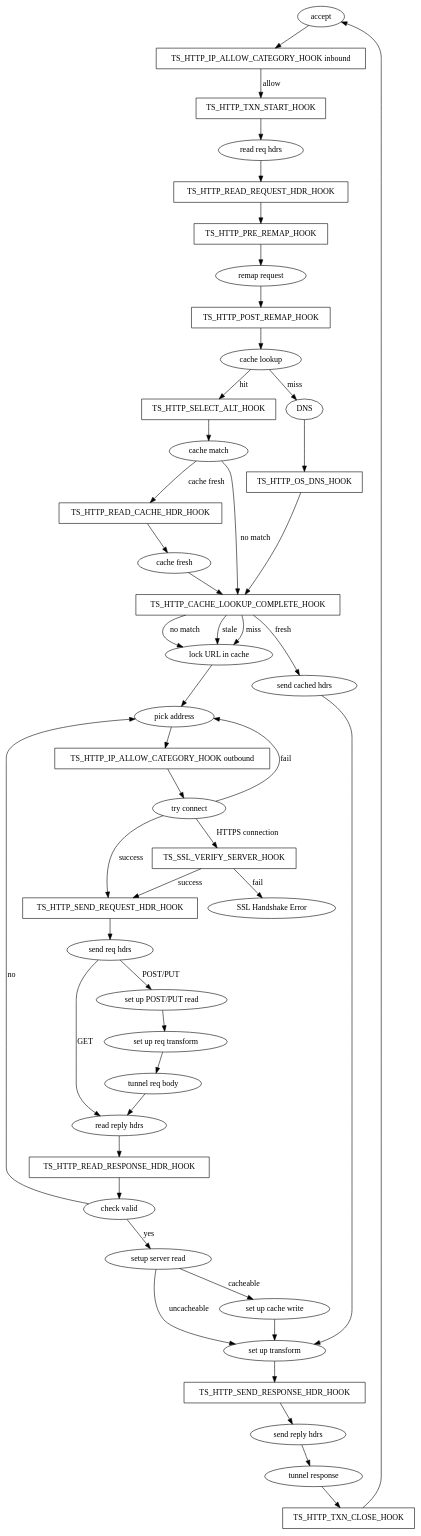
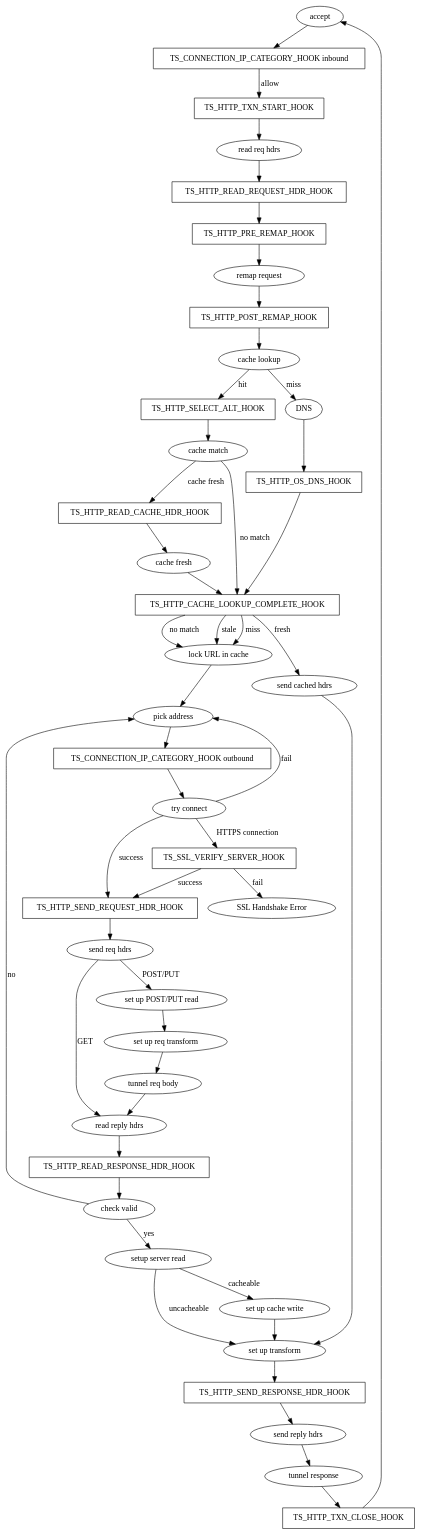
The diagram in doc/developer-guide/plugins/hooks-and-transactions/index.en.rst (bneradt/trafficserver), drawn with Graphviz before and after one commit. The commit also changed 35 other files, not shown here.

```diff
--- a/doc/developer-guide/plugins/hooks-and-transactions/index.en.rst
+++ b/doc/developer-guide/plugins/hooks-and-transactions/index.en.rst
@@ -96,72 +96,72 @@
 .. graphviz::
    :alt: HTTP Transaction State Diagram
 
    digraph http_txn_state_diagram{
-     accept -> "TS_HTTP_IP_ALLOW_CATEGORY_HOOK inbound";
-     "TS_HTTP_IP_ALLOW_CATEGORY_HOOK inbound" -> TS_HTTP_TXN_START_HOOK [label = "allow"];
+     accept -> "TS_CONNECTION_IP_CATEGORY_HOOK inbound";
+     "TS_CONNECTION_IP_CATEGORY_HOOK inbound" -> TS_HTTP_TXN_START_HOOK [label = "allow"];
      TS_HTTP_TXN_START_HOOK -> "read req hdrs";
      "read req hdrs" -> TS_HTTP_READ_REQUEST_HDR_HOOK;
      TS_HTTP_READ_REQUEST_HDR_HOOK -> TS_HTTP_PRE_REMAP_HOOK;
      TS_HTTP_PRE_REMAP_HOOK -> "remap request";
      "remap request" -> TS_HTTP_POST_REMAP_HOOK;
      TS_HTTP_POST_REMAP_HOOK -> "cache lookup";
      "cache lookup" -> DNS [label = "miss"];
      DNS -> TS_HTTP_OS_DNS_HOOK;
      TS_HTTP_OS_DNS_HOOK -> TS_HTTP_CACHE_LOOKUP_COMPLETE_HOOK;
      "cache lookup" -> TS_HTTP_SELECT_ALT_HOOK [label = "hit"];
      TS_HTTP_SELECT_ALT_HOOK -> "cache match";
      "cache match" -> TS_HTTP_CACHE_LOOKUP_COMPLETE_HOOK [label="no match"];
      "cache match" -> TS_HTTP_READ_CACHE_HDR_HOOK [label = "cache fresh"];
      TS_HTTP_READ_CACHE_HDR_HOOK -> "cache fresh";
      "cache fresh" -> TS_HTTP_CACHE_LOOKUP_COMPLETE_HOOK;
      TS_HTTP_CACHE_LOOKUP_COMPLETE_HOOK -> "lock URL in cache" [label = "miss"];
      TS_HTTP_CACHE_LOOKUP_COMPLETE_HOOK -> "lock URL in cache" [label = "no match  "];
      TS_HTTP_CACHE_LOOKUP_COMPLETE_HOOK -> "lock URL in cache" [label = "stale"];
      TS_HTTP_CACHE_LOOKUP_COMPLETE_HOOK -> "send cached hdrs" [label = "fresh"];
      "send cached hdrs" -> "set up transform";
      "lock URL in cache" -> "pick address";
-     "pick address" -> "TS_HTTP_IP_ALLOW_CATEGORY_HOOK outbound";
-     "TS_HTTP_IP_ALLOW_CATEGORY_HOOK outbound" -> "try connect" [label = "       "];
+     "pick address" -> "TS_CONNECTION_IP_CATEGORY_HOOK outbound";
+     "TS_CONNECTION_IP_CATEGORY_HOOK outbound" -> "try connect" [label = "       "];
      "try connect" -> "pick address" [label = "fail"];
      "try connect" -> TS_SSL_VERIFY_SERVER_HOOK [label = "HTTPS connection"];
      TS_SSL_VERIFY_SERVER_HOOK -> TS_HTTP_SEND_REQUEST_HDR_HOOK [label = "success"];
      TS_SSL_VERIFY_SERVER_HOOK -> "SSL Handshake Error" [label = "fail"];
      "try connect" -> TS_HTTP_SEND_REQUEST_HDR_HOOK [label = "success"];
      TS_HTTP_SEND_REQUEST_HDR_HOOK -> "send req hdrs";
      "send req hdrs" -> "set up POST/PUT read" [label = "POST/PUT"];
      "send req hdrs" -> "read reply hdrs" [label = "GET"];
      "set up POST/PUT read" -> "set up req transform";
      "set up req transform" -> "tunnel req body";
      "tunnel req body" -> "read reply hdrs";
      "read reply hdrs" -> TS_HTTP_READ_RESPONSE_HDR_HOOK;
      TS_HTTP_READ_RESPONSE_HDR_HOOK -> "check valid";
      "check valid" -> "setup server read" [label = "yes"];
      "check valid" -> "pick address" [label = "no"];
      "setup server read" -> "set up cache write" [label = "cacheable"];
      "setup server read" -> "set up transform" [label = "uncacheable"];
      "set up cache write" -> "set up transform";
      "set up transform" -> TS_HTTP_SEND_RESPONSE_HDR_HOOK;
      TS_HTTP_SEND_RESPONSE_HDR_HOOK -> "send reply hdrs";
      "send reply hdrs" -> "tunnel response";
      "tunnel response" -> TS_HTTP_TXN_CLOSE_HOOK;
      TS_HTTP_TXN_CLOSE_HOOK -> accept;
 
      TS_HTTP_TXN_START_HOOK [shape=box];
      TS_HTTP_READ_REQUEST_HDR_HOOK [shape = box];
      TS_HTTP_PRE_REMAP_HOOK [shape = box];
      TS_HTTP_POST_REMAP_HOOK [shape = box];
      TS_HTTP_OS_DNS_HOOK [shape = box];
      TS_HTTP_CACHE_LOOKUP_COMPLETE_HOOK[shape = box];
      TS_HTTP_SELECT_ALT_HOOK [shape = box];
-     "TS_HTTP_IP_ALLOW_CATEGORY_HOOK inbound" [shape = box];
-     "TS_HTTP_IP_ALLOW_CATEGORY_HOOK outbound" [shape = box];
+     "TS_CONNECTION_IP_CATEGORY_HOOK inbound" [shape = box];
+     "TS_CONNECTION_IP_CATEGORY_HOOK outbound" [shape = box];
      TS_HTTP_READ_CACHE_HDR_HOOK [shape = box];
      TS_SSL_VERIFY_SERVER_HOOK [shape = box];
      TS_SSL_VERIFY_SERVER_HOOK [tooltip = "verify server certificate"];
      TS_HTTP_SEND_REQUEST_HDR_HOOK [shape = box];
      "set up req transform" [tooltip = "req transform takes place here"];
      TS_HTTP_READ_RESPONSE_HDR_HOOK [shape = box];
      "set up transform" [tooltip = "response transform takes place here"];
      TS_HTTP_SEND_RESPONSE_HDR_HOOK [shape = box];
      TS_HTTP_TXN_CLOSE_HOOK [shape = box];
    }
```
